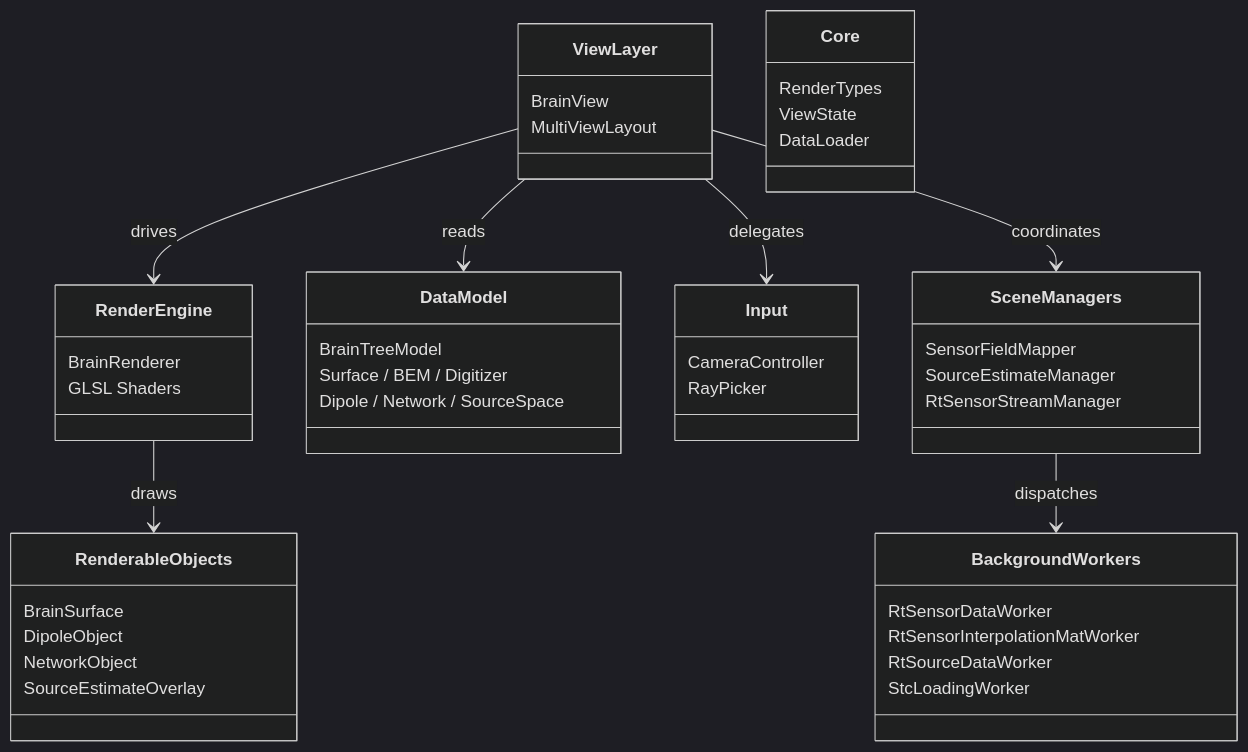
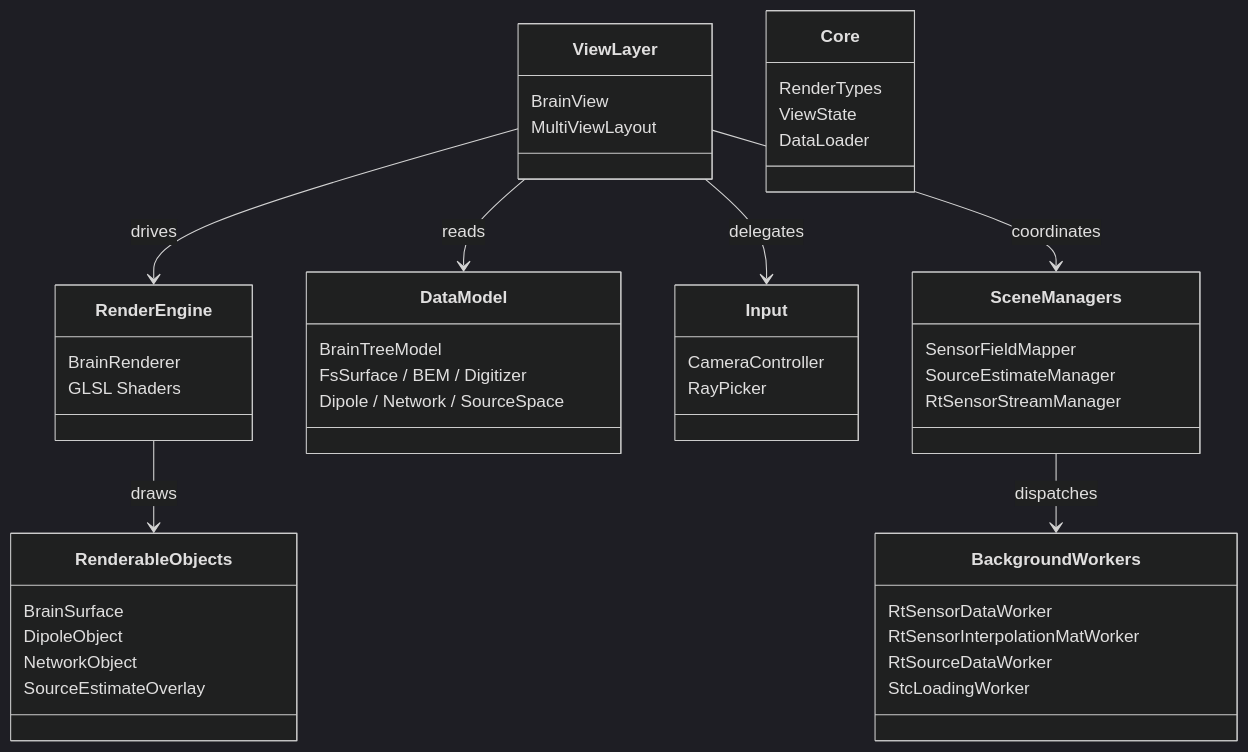
Before and after one commit to mne-tools/mne-cpp: the diagram in doc/website/docs/development/api-disp3d.mdx, drawn with Mermaid (dark theme). The commit also changed other lines of this file and 132 other files, not shown here.

````diff
--- a/doc/website/docs/development/api-disp3d.mdx
+++ b/doc/website/docs/development/api-disp3d.mdx
@@ -24,56 +24,56 @@
 ```mermaid
 classDiagram
     class ViewLayer {
         BrainView
         MultiViewLayout
     }
 
     class RenderEngine {
         BrainRenderer
         GLSL Shaders
     }
 
     class RenderableObjects {
         BrainSurface
         DipoleObject
         NetworkObject
         SourceEstimateOverlay
     }
 
     class DataModel {
         BrainTreeModel
-        Surface / BEM / Digitizer
+        FsSurface / BEM / Digitizer
         Dipole / Network / SourceSpace
     }
 
     class Input {
         CameraController
         RayPicker
     }
 
     class Core {
         RenderTypes
         ViewState
         DataLoader
     }
 
     class SceneManagers {
         SensorFieldMapper
         SourceEstimateManager
         RtSensorStreamManager
     }
 
     class BackgroundWorkers {
         RtSensorDataWorker
         RtSensorInterpolationMatWorker
         RtSourceDataWorker
         StcLoadingWorker
     }
 
     ViewLayer --> RenderEngine : drives
     RenderEngine --> RenderableObjects : draws
     ViewLayer --> DataModel : reads
     ViewLayer --> Input : delegates
     ViewLayer --> SceneManagers : coordinates
     SceneManagers --> BackgroundWorkers : dispatches
 ```
````
